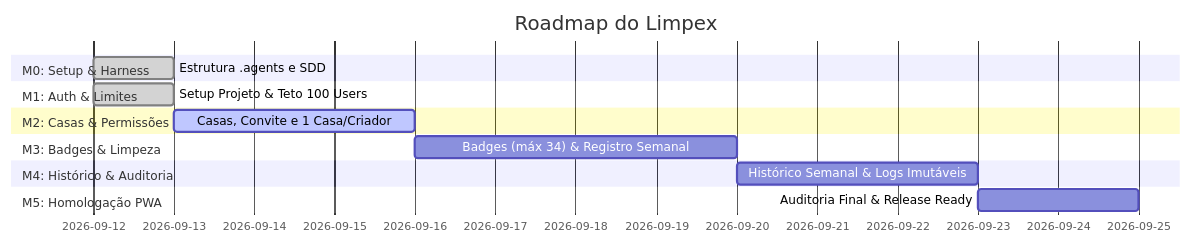
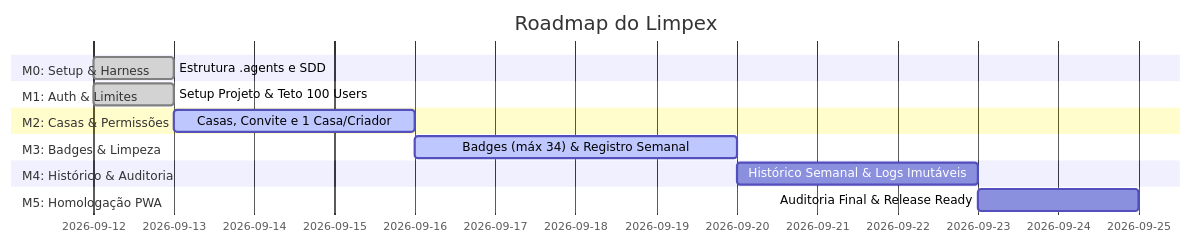
One commit to olzmooraes/limpex changed the diagram in .agents/backlog/development_plan.md. Above: the diagram before and after it, drawn with Mermaid. The commit also changed other lines of this file and 6096 other files, not shown here.

````diff
--- a/.agents/backlog/development_plan.md
+++ b/.agents/backlog/development_plan.md
@@ -9,17 +9,17 @@
 ```mermaid
 gantt
     title Roadmap do Limpex
     dateFormat  YYYY-MM-DD
     section M0: Setup & Harness
     Estrutura .agents e SDD         :done, m0, 2026-09-12, 1d
     section M1: Auth & Limites
     Setup Projeto & Teto 100 Users  :done, m1, 2026-09-12, 1d
     section M2: Casas & Permissões
     Casas, Convite e 1 Casa/Criador :active, m2, 2026-09-13, 3d
     section M3: Badges & Limpeza
-    Badges (máx 34) & Registro Semanal:m3, after m2, 4d
+    Badges (máx 34) & Registro Semanal:active, m3, after m2, 4d
     section M4: Histórico & Auditoria
     Histórico Semanal & Logs Imutáveis:m4, after m3, 3d
     section M5: Homologação PWA
     Auditoria Final & Release Ready :m5, after m4, 2d
 ```
````
